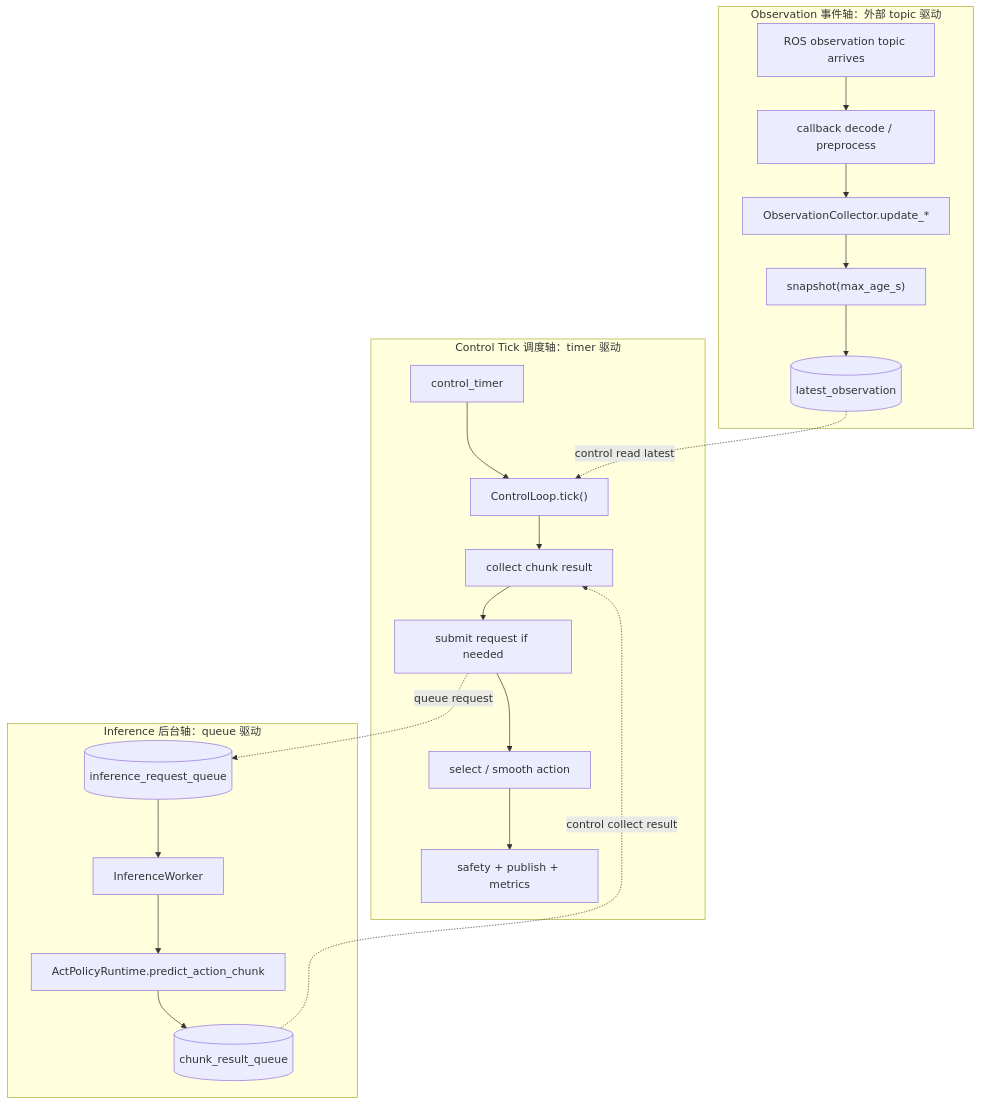
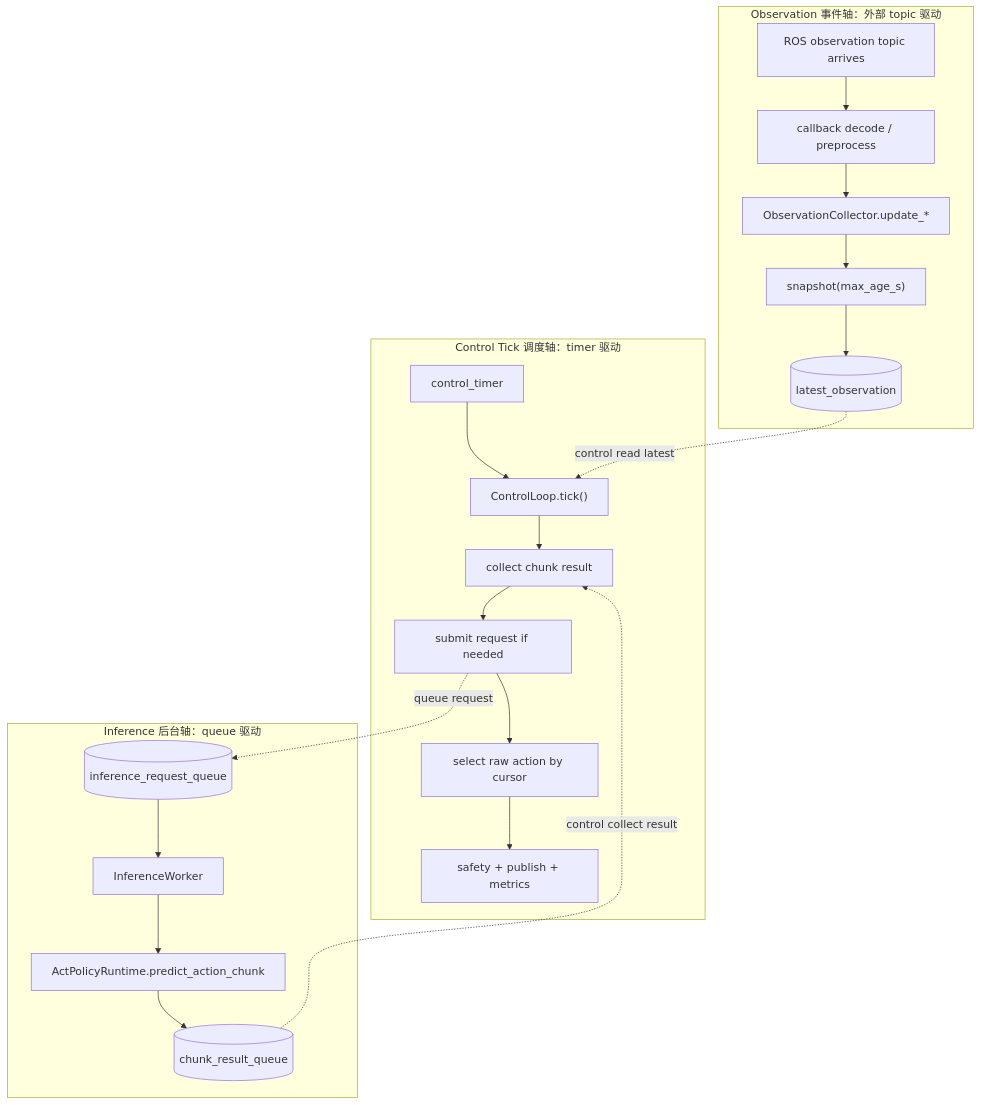
One commit to jack-z36/ROS changed the fourth of 7 diagrams in DOCS/03_工程/阶段四：模型部署/02_implement/02_L1_ACT功能模块协作架构.md. Above: the diagram before and after it, drawn with Mermaid. The commit also changed other lines of this file and 21 other files, not shown here.

````diff
--- a/DOCS/03_工程/阶段四：模型部署/02_implement/02_L1_ACT功能模块协作架构.md
+++ b/DOCS/03_工程/阶段四：模型部署/02_implement/02_L1_ACT功能模块协作架构.md
@@ -302,33 +274,33 @@
 ```mermaid
 flowchart TB
     subgraph AX1["Observation 事件轴：外部 topic 驱动"]
         O1["ROS observation topic arrives"]
         O2["callback decode / preprocess"]
         O3["ObservationCollector.update_*"]
         O4["snapshot(max_age_s)"]
         O5[("latest_observation")]
         O1 --> O2 --> O3 --> O4 --> O5
     end
 
     subgraph AX2["Inference 后台轴：queue 驱动"]
         I1[("inference_request_queue")]
         I2["InferenceWorker"]
         I3["ActPolicyRuntime.predict_action_chunk"]
         I4[("chunk_result_queue")]
         I1 --> I2 --> I3 --> I4
     end
 
     subgraph AX3["Control Tick 调度轴：timer 驱动"]
         C1["control_timer"]
         C2["ControlLoop.tick()"]
         C3["collect chunk result"]
         C4["submit request if needed"]
-        C5["select / smooth action"]
+        C5["select raw action by cursor"]
         C6["safety + publish + metrics"]
         C1 --> C2 --> C3 --> C4 --> C5 --> C6
     end
 
     O5 -. control read latest .-> C2
     C4 -. queue request .-> I1
     I4 -. control collect result .-> C3
 ```
````
